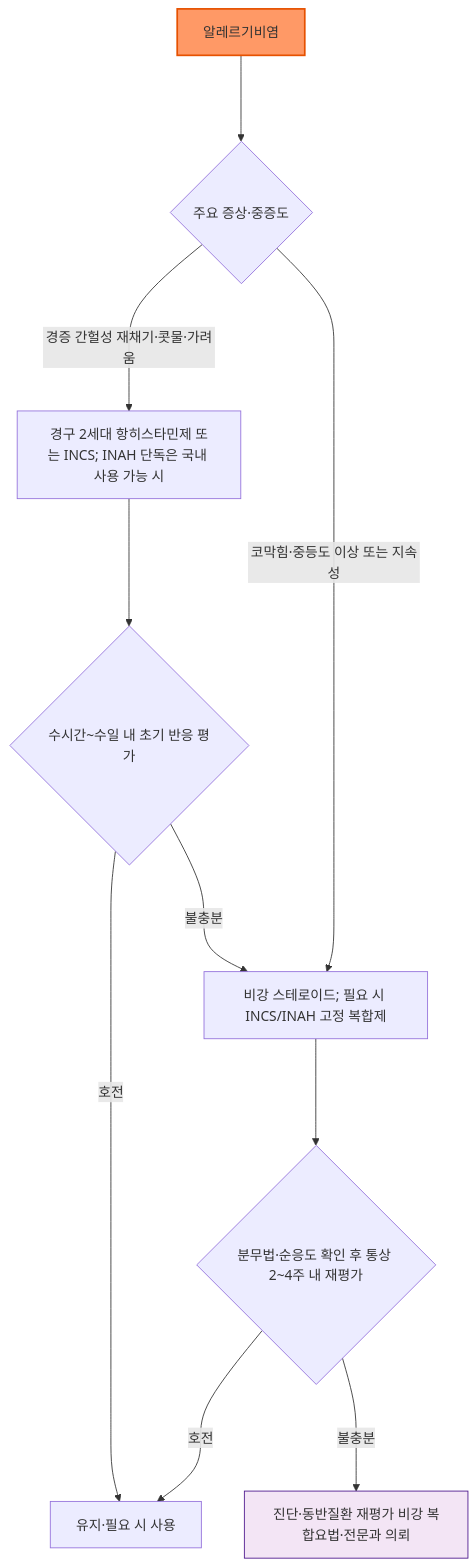
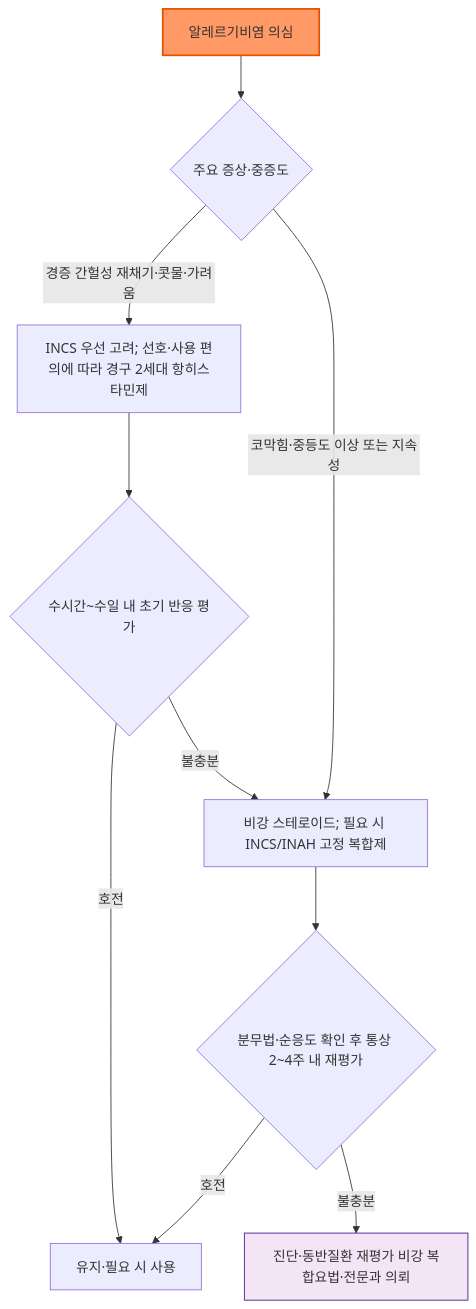
Before and after one commit to familyoh77/familyoh77: the first of 2 diagrams in 231_/212_-antihistamines.md, drawn with Mermaid. The commit also changed other lines of this file and 9 other files, not shown here.

````diff
--- a/231_/212_-antihistamines.md
+++ b/231_/212_-antihistamines.md
@@ -41,14 +46,14 @@
 ```mermaid
 graph TD
-    A["알레르기비염"] ---> B{"주요 증상·중증도"}
-    B --->|경증 간헐성 재채기·콧물·가려움| C["경구 2세대 항히스타민제 또는 INCS; INAH 단독은 국내 사용 가능 시"]
-    B --->|코막힘·중등도 이상 또는 지속성| D["비강 스테로이드; 필요 시 INCS/INAH 고정 복합제"]
-    C ---> E{"수시간~수일 내 초기 반응 평가"}
-    D ---> F{"분무법·순응도 확인 후 통상 2~4주 내 재평가"}
-    E --->|호전| G["유지·필요 시 사용"]
-    E --->|불충분| D
-    F --->|호전| G
-    F --->|불충분| H["진단·동반질환 재평가 비강 복합요법·전문과 의뢰"]
+    A["알레르기비염 의심"] --> B{"주요 증상·중증도"}
+    B -->|경증 간헐성 재채기·콧물·가려움| C["INCS 우선 고려; 선호·사용 편의에 따라 경구 2세대 항히스타민제"]
+    B -->|코막힘·중등도 이상 또는 지속성| D["비강 스테로이드; 필요 시 INCS/INAH 고정 복합제"]
+    C --> E{"수시간~수일 내 초기 반응 평가"}
+    D --> F{"분무법·순응도 확인 후 통상 2~4주 내 재평가"}
+    E -->|호전| G["유지·필요 시 사용"]
+    E -->|불충분| D
+    F -->|호전| G
+    F -->|불충분| H["진단·동반질환 재평가 비강 복합요법·전문과 의뢰"]
     style A fill:#f96,stroke:#e65100,stroke-width:2px
     style H fill:#f3e5f5,stroke:#4a148c
 ```
````
